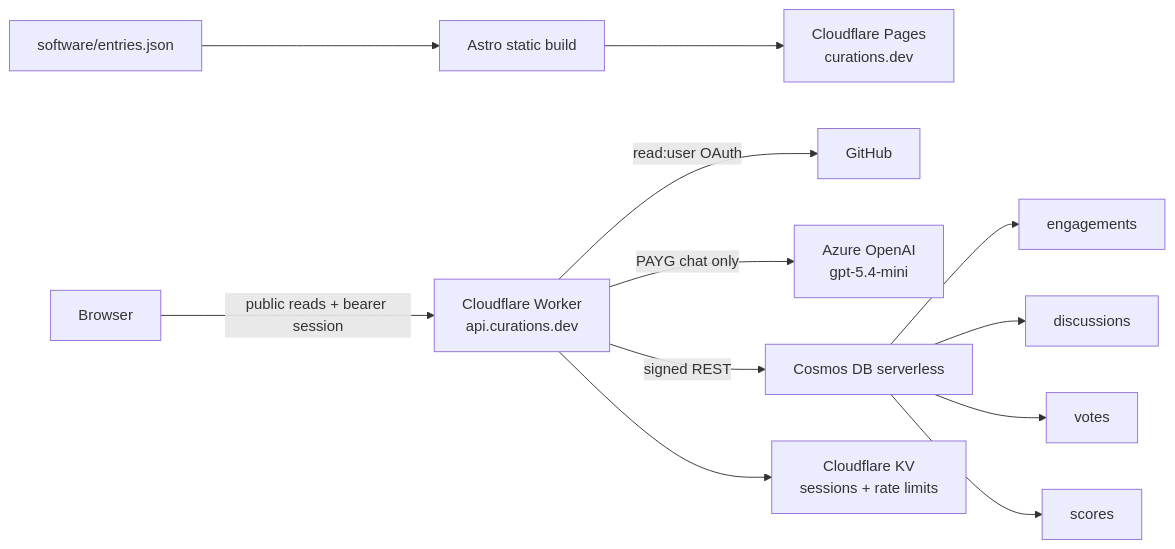
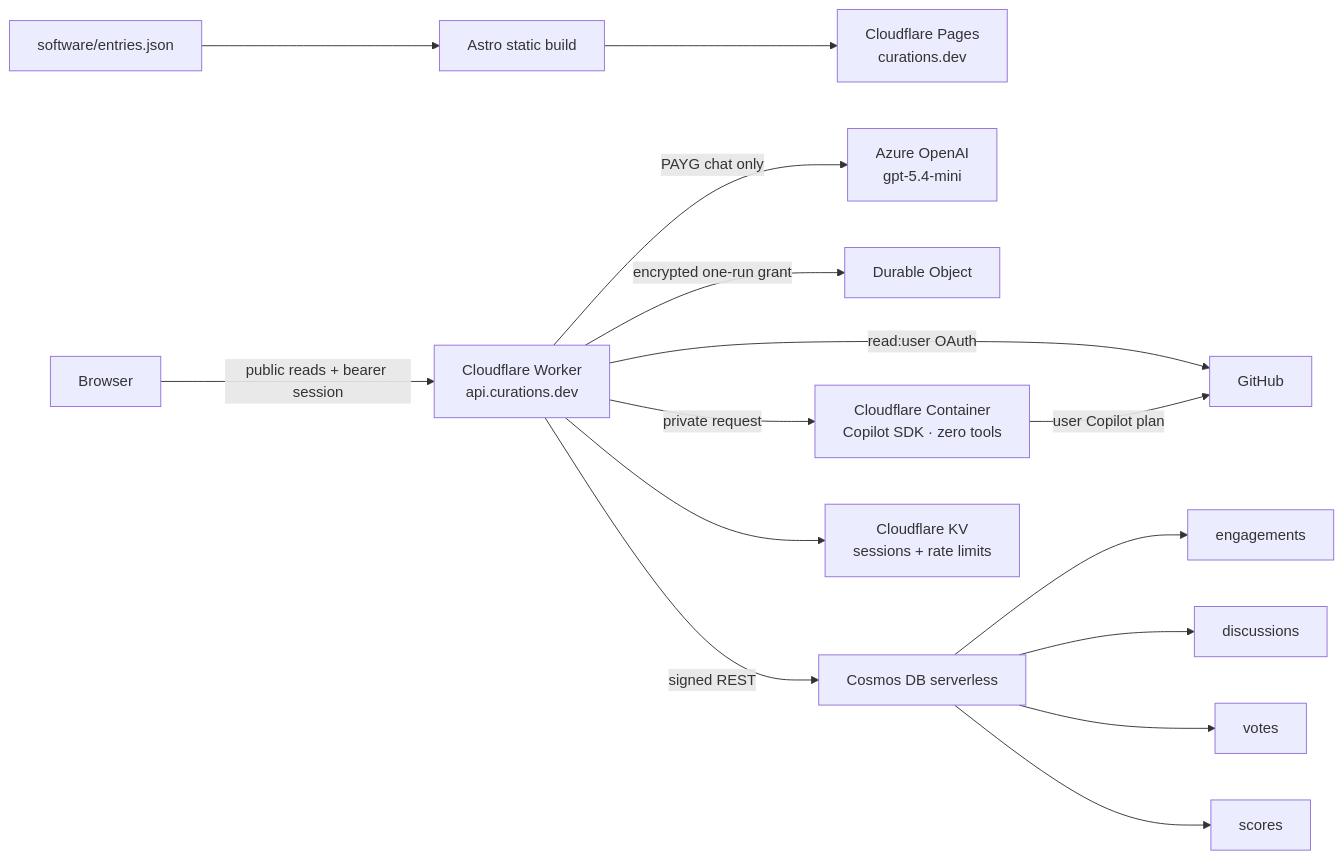
Before and after one commit to curationsx/yolo: the diagram in docs/PRD-catalog-surface.md, drawn with Mermaid. The commit also changed other lines of this file and 37 other files, not shown here.

Commit message:
feat(cookbooks): add user-funded Copilot execution

````diff
--- a/docs/PRD-catalog-surface.md
+++ b/docs/PRD-catalog-surface.md
@@ -240,16 +275,19 @@
 ```mermaid
 flowchart LR
     JSON[software/entries.json] --> ASTRO[Astro static build]
     ASTRO --> PAGES[Cloudflare Pages<br/>curations.dev]
 
     BROWSER[Browser] -->|public reads + bearer session| WORKER[Cloudflare Worker<br/>api.curations.dev]
     WORKER -->|read:user OAuth| GITHUB[GitHub]
     WORKER -->|PAYG chat only| AZURE[Azure OpenAI<br/>gpt-5.4-mini]
+    WORKER -->|encrypted one-run grant| GRANT[Durable Object]
+    WORKER -->|private request| CONTAINER[Cloudflare Container<br/>Copilot SDK · zero tools]
+    CONTAINER -->|user Copilot plan| GITHUB
     WORKER -->|signed REST| COSMOS[Cosmos DB serverless]
     WORKER --> KV[Cloudflare KV<br/>sessions + rate limits]
 
     COSMOS --> ENG[engagements]
     COSMOS --> DISC[discussions]
     COSMOS --> VOTES[votes]
     COSMOS --> SCORES[scores]
 ```
````
